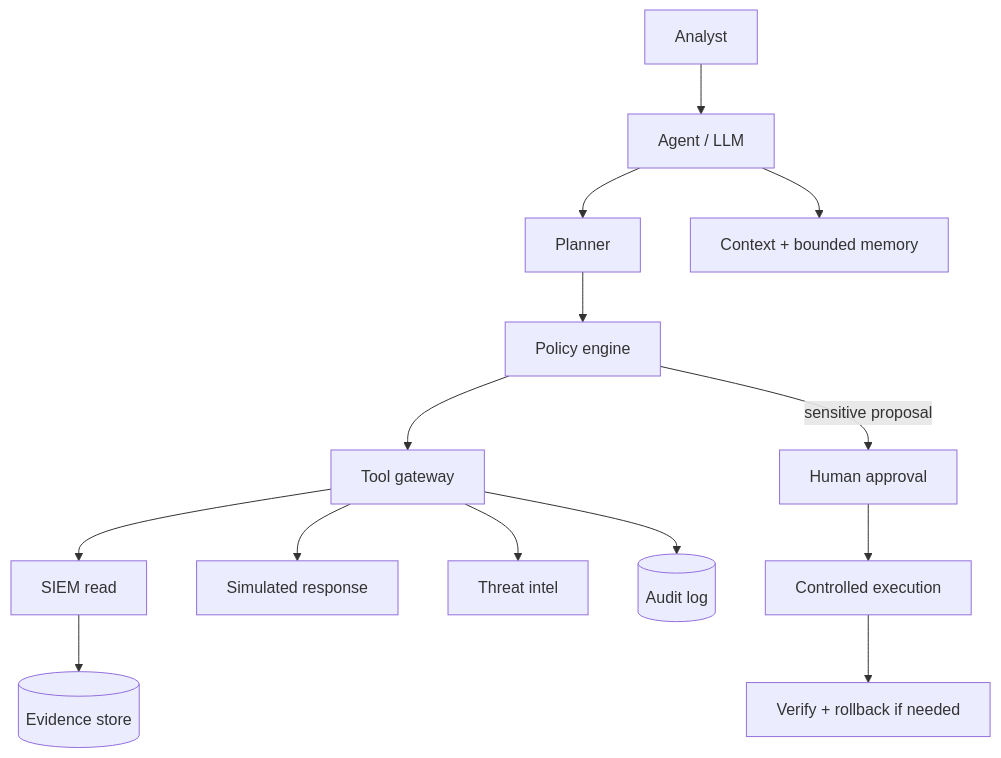
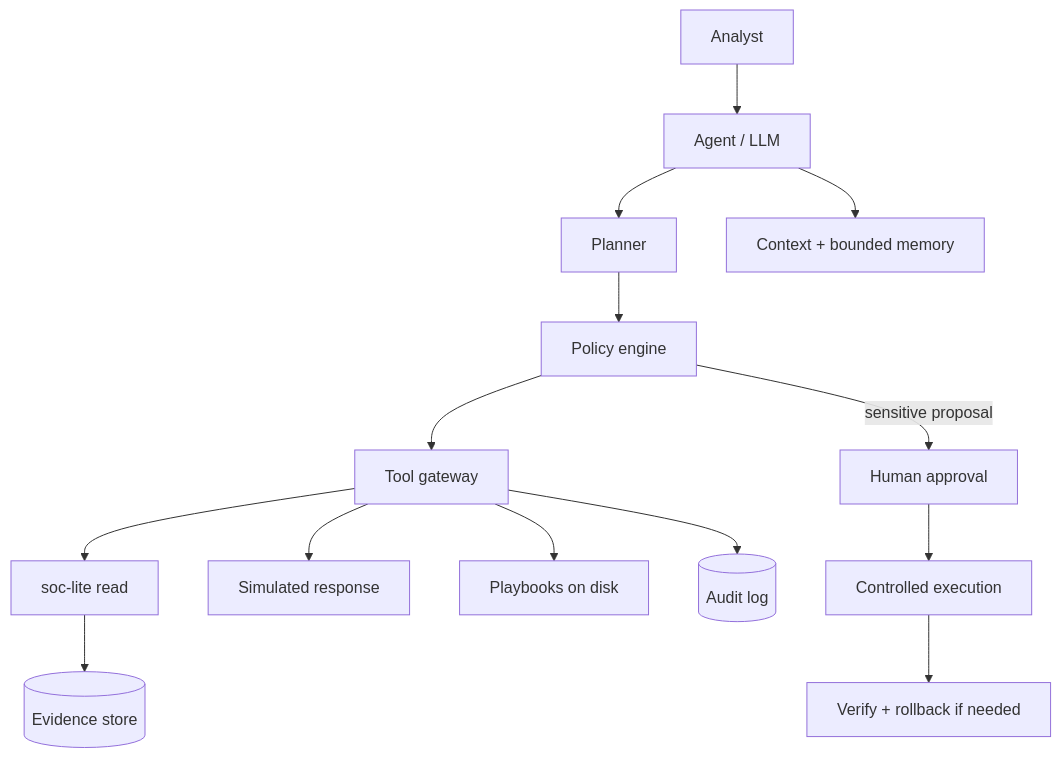
One commit to sanketn26/learn-security changed the diagram in docs/modules/12-agentic-soc.md. Above: the diagram before and after it, drawn with Mermaid. The commit also changed other lines of this file and 40 other files, not shown here.

````diff
--- a/docs/modules/12-agentic-soc.md
+++ b/docs/modules/12-agentic-soc.md
@@ -27,16 +27,16 @@
 ```mermaid
 flowchart TB
   ANALYST[Analyst] --> AGENT[Agent / LLM]
   AGENT --> PLAN[Planner]
   AGENT --> CTX[Context + bounded memory]
   PLAN --> POLICY[Policy engine]
   POLICY --> TOOLS[Tool gateway]
-  TOOLS --> SIEM[SIEM read]
+  TOOLS --> SIEM[soc-lite read]
   TOOLS --> EDR[Simulated response]
-  TOOLS --> TI[Threat intel]
+  TOOLS --> TI[Playbooks on disk]
   SIEM --> EVID[(Evidence store)]
   TOOLS --> AUDIT[(Audit log)]
   POLICY -->|sensitive proposal| APPROVE[Human approval]
   APPROVE --> EXEC[Controlled execution]
   EXEC --> VERIFY[Verify + rollback if needed]
 ```
````
